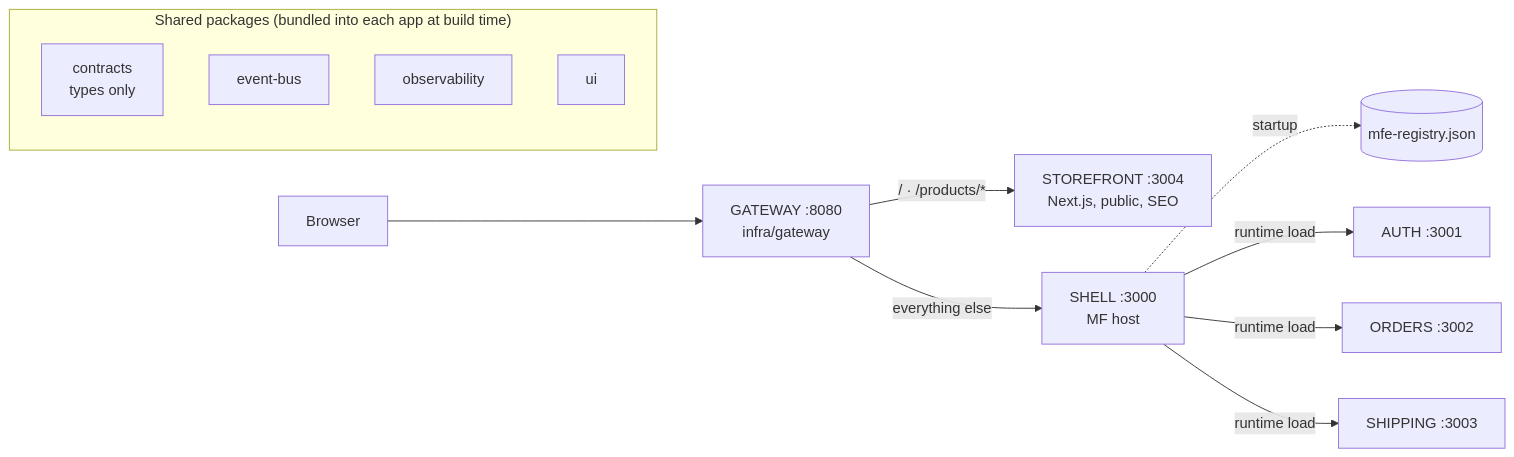
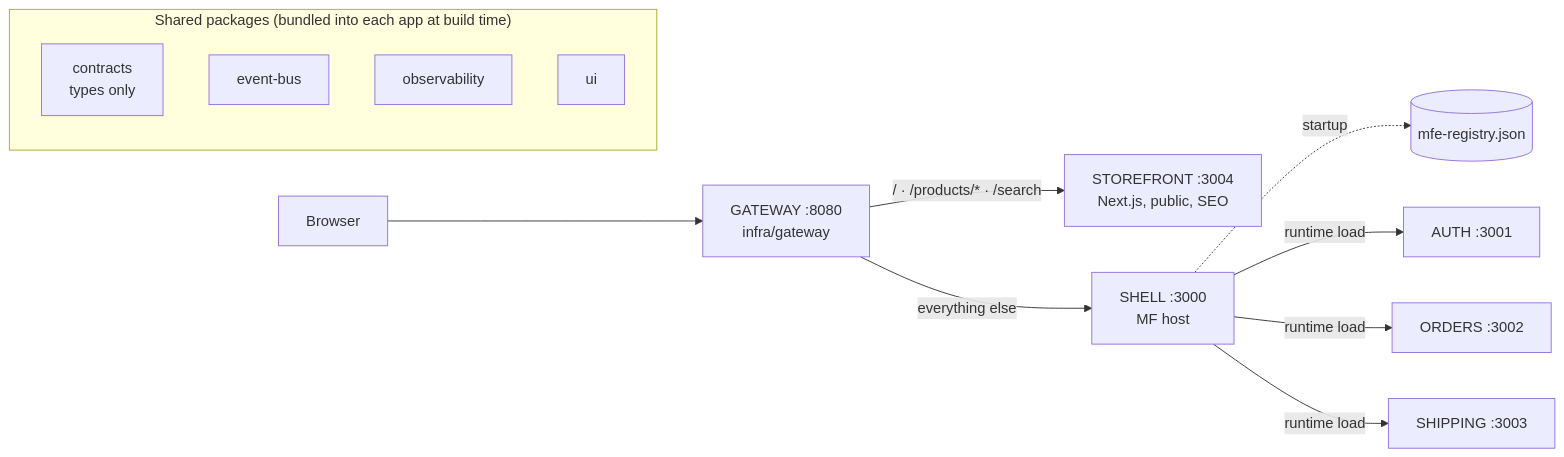
The first of 3 diagrams in micro-shop/docs/developer-overview.md (alireza-akbarzadeh/mciro), drawn with Mermaid before and after one commit. The commit also changed other lines of this file and 16 other files, not shown here.

````diff
--- a/micro-shop/docs/developer-overview.md
+++ b/micro-shop/docs/developer-overview.md
@@ -31,17 +31,17 @@
 ```mermaid
 flowchart LR
     browser["Browser"] --> gw["GATEWAY :8080<br/>infra/gateway"]
-    gw -- "/ · /products/*" --> sf["STOREFRONT :3004<br/>Next.js, public, SEO"]
+    gw -- "/ · /products/* · /search" --> sf["STOREFRONT :3004<br/>Next.js, public, SEO"]
     gw -- "everything else" --> shell["SHELL :3000<br/>MF host"]
     shell -. "startup" .-> reg[("mfe-registry.json")]
     shell -- "runtime load" --> auth["AUTH :3001"]
     shell -- "runtime load" --> orders["ORDERS :3002"]
     shell -- "runtime load" --> shipping["SHIPPING :3003"]
 
     subgraph pkgs["Shared packages (bundled into each app at build time)"]
         contracts["contracts<br/>types only"]
         bus["event-bus"]
         obs["observability"]
         ui["ui"]
     end
 ```
````
